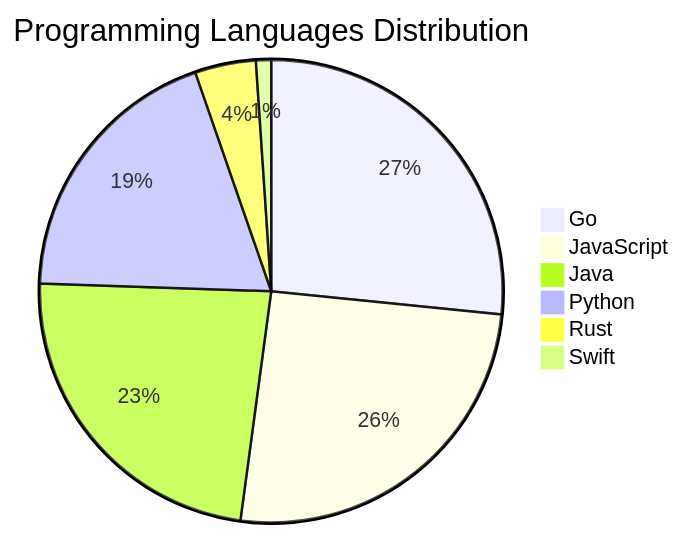
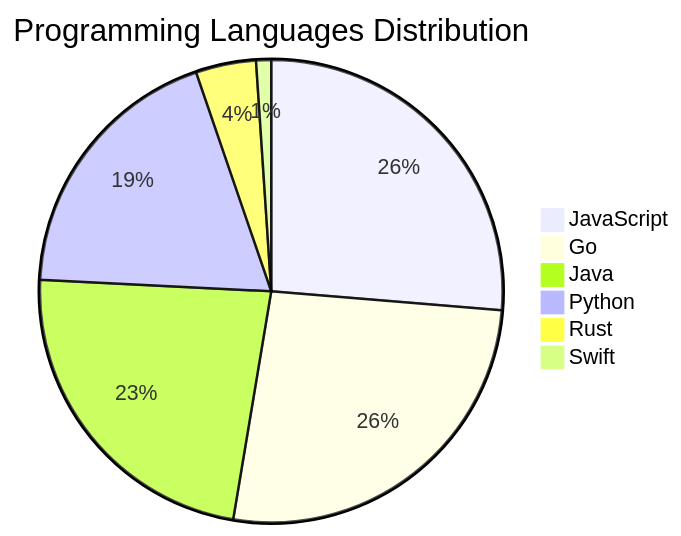
The diagram in README.md (Derrick-MUGISHA/github-activity-bot), drawn with Mermaid before and after one commit. The commit also changed other lines of this file and 3 other files, not shown here.

````diff
--- a/README.md
+++ b/README.md
@@ -72,9 +72,9 @@
 ```mermaid
 pie title Programming Languages Distribution
+    "JavaScript" : 25
     "Go" : 25
-    "JavaScript" : 24
     "Java" : 22
     "Python" : 18
     "Rust" : 4
     "Swift" : 1
 ```
````
